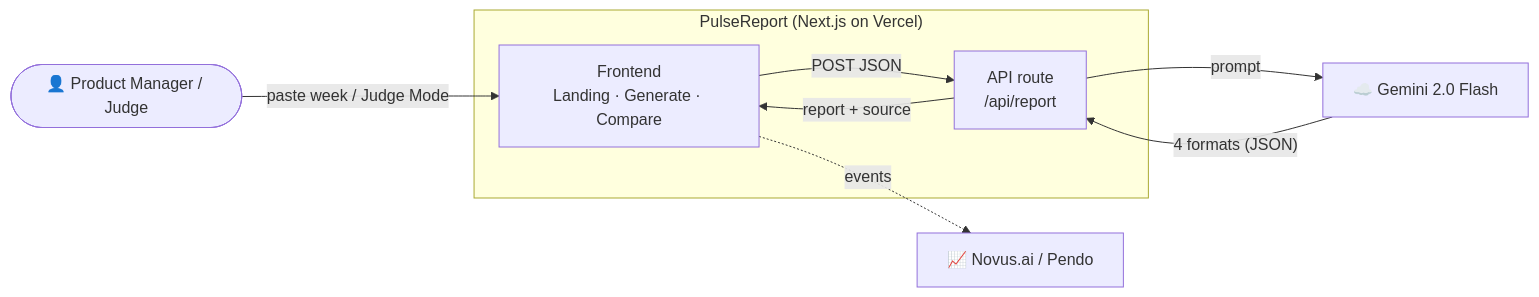
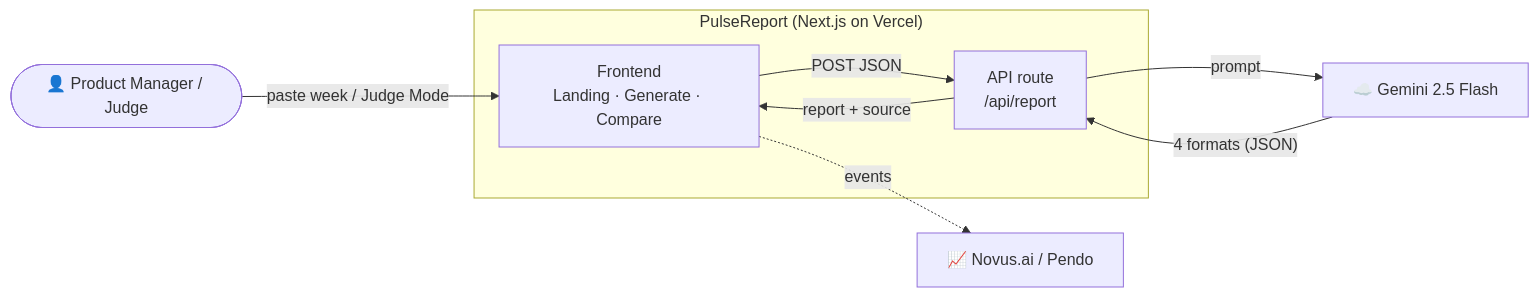
Before and after one commit to manojmallick/pulsereport: the first of 2 diagrams in docs/ARCHITECTURE.md, drawn with Mermaid. The commit also changed other lines of this file and 5 other files, not shown here.

First line of the commit message:
Fix: use gemini-2.5-flash (2.0-flash retired → 404)

````diff
--- a/docs/ARCHITECTURE.md
+++ b/docs/ARCHITECTURE.md
@@ -9,17 +9,17 @@
 ```mermaid
 flowchart LR
     PM(["👤 Product Manager / Judge"])
     subgraph App["PulseReport (Next.js on Vercel)"]
         FE["Frontend<br/>Landing · Generate · Compare"]
         BE["API route<br/>/api/report"]
     end
-    GEM["☁️ Gemini 2.0 Flash"]
+    GEM["☁️ Gemini 2.5 Flash"]
     NOV["📈 Novus.ai / Pendo"]
 
     PM -->|"paste week / Judge Mode"| FE
     FE -->|"POST JSON"| BE
     BE -->|"prompt"| GEM
     GEM -->|"4 formats (JSON)"| BE
     BE -->|"report + source"| FE
     FE -.->|"events"| NOV
 ```
````
